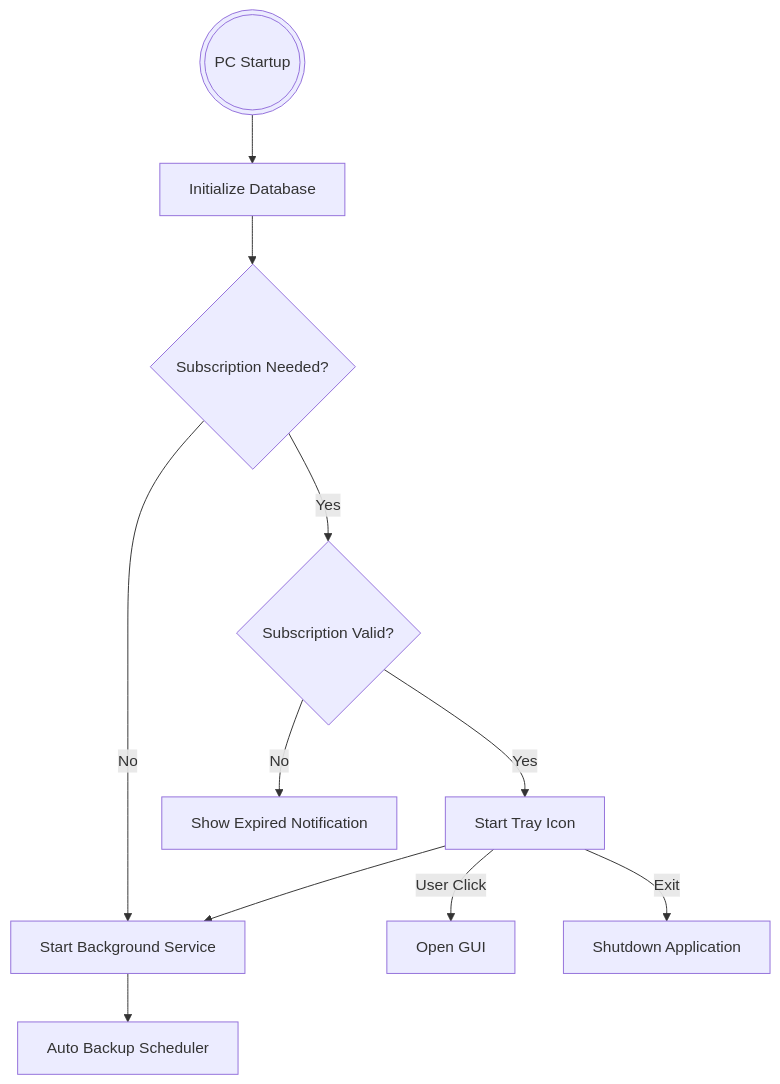
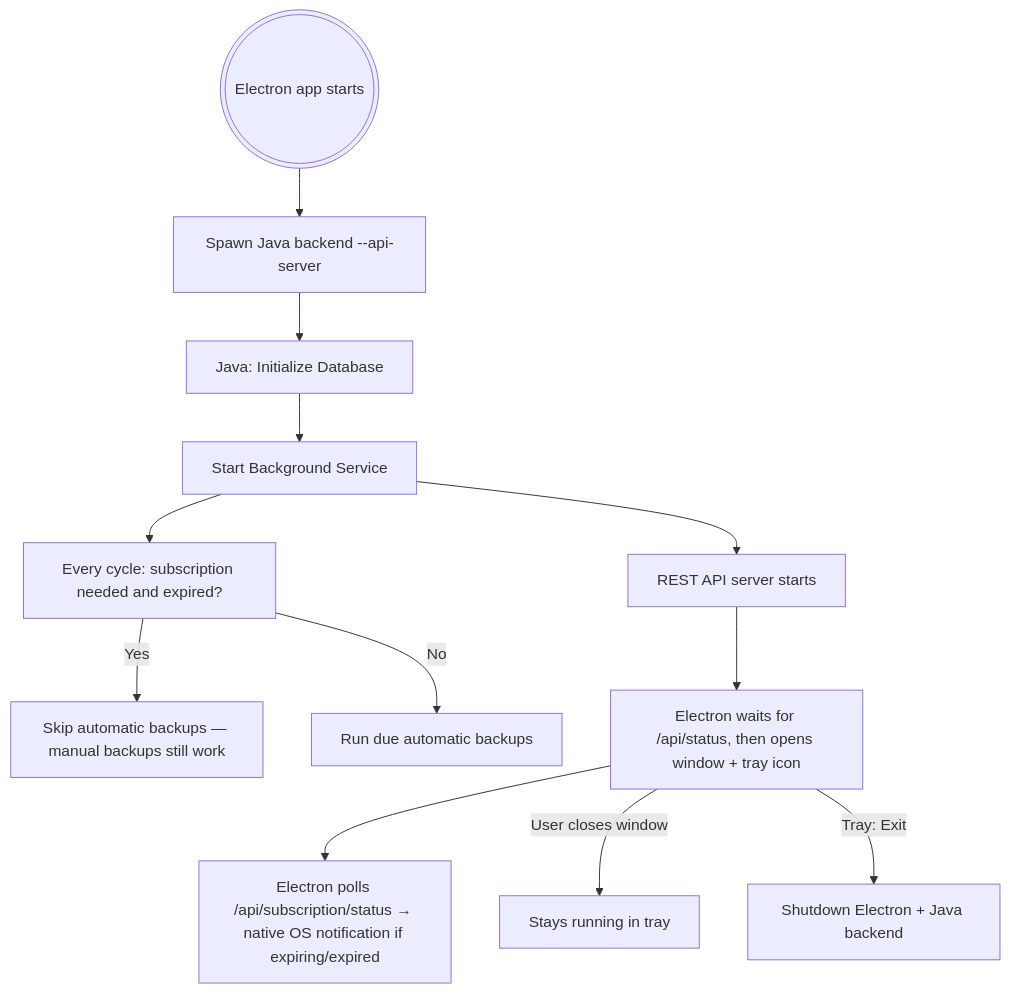
One commit to DennisTurco/BackupManager changed the diagram in code_documentation.md. Above: the diagram before and after it, drawn with Mermaid. The commit also changed other lines of this file and 275 other files, not shown here.

````diff
--- a/code_documentation.md
+++ b/code_documentation.md
@@ -5,17 +7,16 @@
 ```mermaid
 graph TD
-  A(((PC Startup))) --> B[Initialize Database]
-  B --> J{Subscription Needed?}
+  A(((Electron app starts))) --> B[Spawn Java backend --api-server]
+  B --> C[Java: Initialize Database]
+  C --> F[Start Background Service]
+  F --> M[REST API server starts]
 
-  J -->|Yes| C{Subscription Valid?}
-  J -->|No| F[Start Background Service]
+  F --> G[Every cycle: subscription needed and expired?]
+  G -->|Yes| L[Skip automatic backups — manual backups still work]
+  G -->|No| H[Run due automatic backups]
 
-  C -->|Yes| D[Start Tray Icon]
-  C -->|No| E[Show Expired Notification]
-
-  D --> F[Start Background Service]
-  F --> G[Auto Backup Scheduler]
-
-  D -->|User Click| H[Open GUI]
-  D -->|Exit| I[Shutdown Application]
+  M --> N[Electron waits for /api/status, then opens window + tray icon]
+  N --> O[Electron polls /api/subscription/status → native OS notification if expiring/expired]
+  N -->|User closes window| P[Stays running in tray]
+  N -->|Tray: Exit| Q[Shutdown Electron + Java backend]
 ```
````
